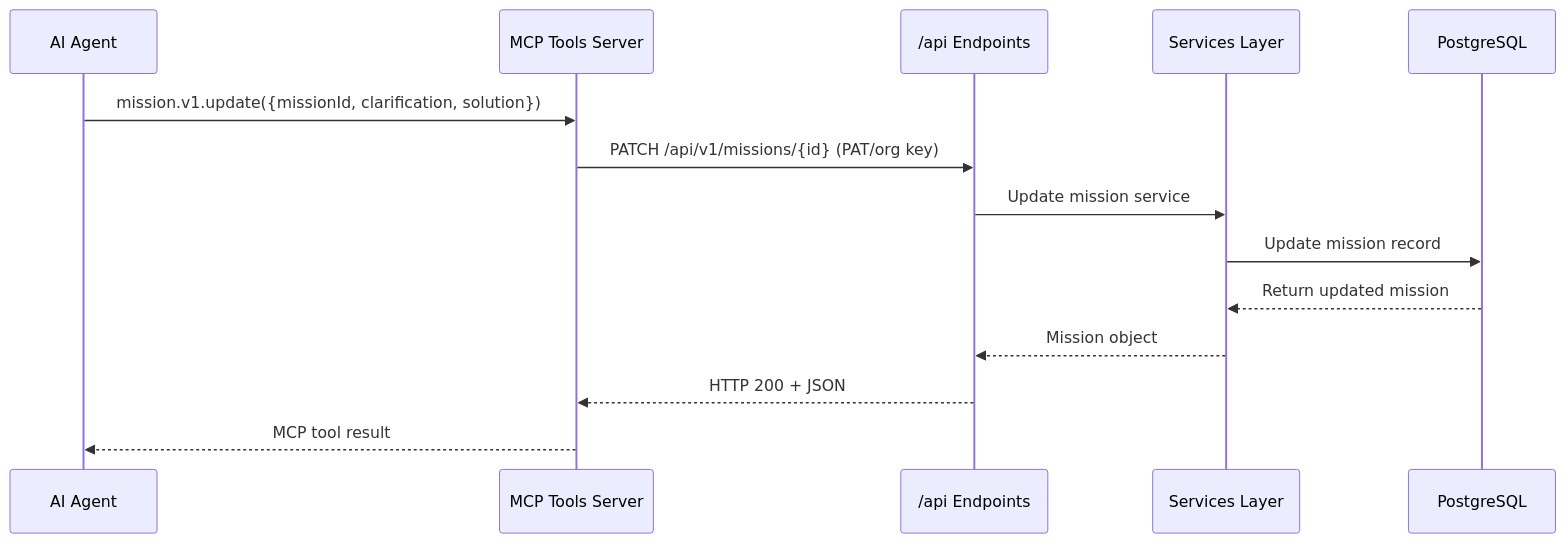
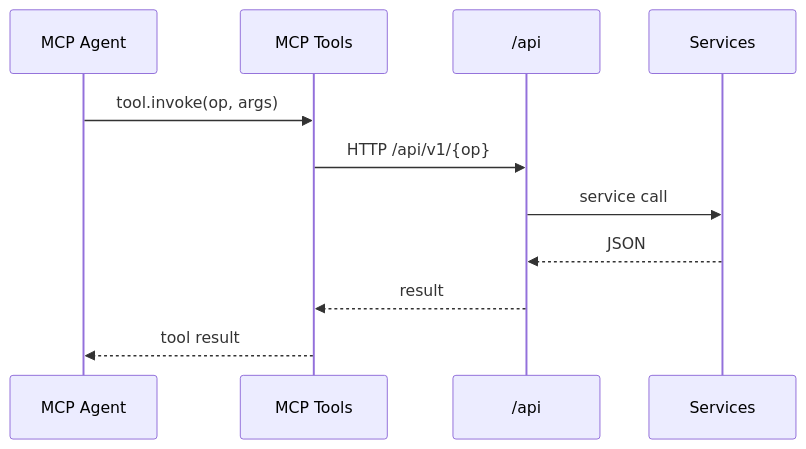
The third of 3 diagrams in .solo/designs/40-server-interfaces.md (ivawzh/v0-bun-hono-tanstack-router), drawn with Mermaid before and after one commit. The commit also changed other lines of this file and 6 other files, not shown here.

````diff
--- a/.solo/designs/40-server-interfaces.md
+++ b/.solo/designs/40-server-interfaces.md
@@ -90,17 +82,13 @@
 ```mermaid
 sequenceDiagram
-    participant Agent as AI Agent
-    participant MCP as MCP Tools Server
-    participant API as /api Endpoints
-    participant Svc as Services Layer
-    participant DB as PostgreSQL
-
-    Agent->>MCP: mission.v1.update({missionId, clarification, solution})
-    MCP->>API: PATCH /api/v1/missions/{id} (PAT/org key)
-    API->>Svc: Update mission service
-    Svc->>DB: Update mission record
-    DB-->>Svc: Return updated mission
-    Svc-->>API: Mission object
-    API-->>MCP: HTTP 200 + JSON
-    MCP-->>Agent: MCP tool result
+  participant Agent as MCP Agent
+  participant MCP as MCP Tools
+  participant API as /api
+  participant S as Services
+  Agent->>MCP: tool.invoke(op, args)
+  MCP->>API: HTTP /api/v1/{op}
+  API->>S: service call
+  S-->>API: JSON
+  API-->>MCP: result
+  MCP-->>Agent: tool result
 ```
````
